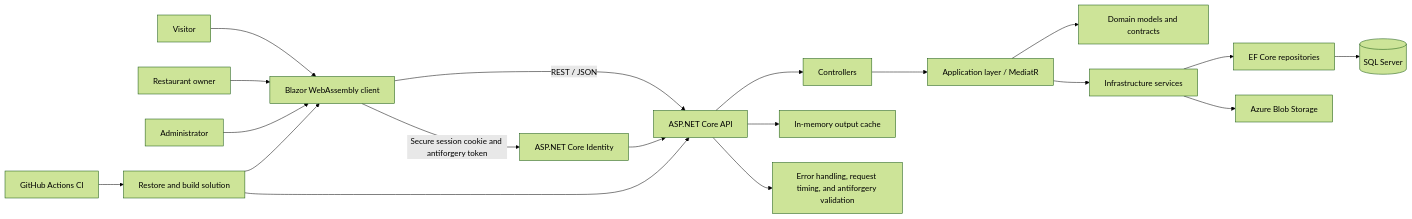
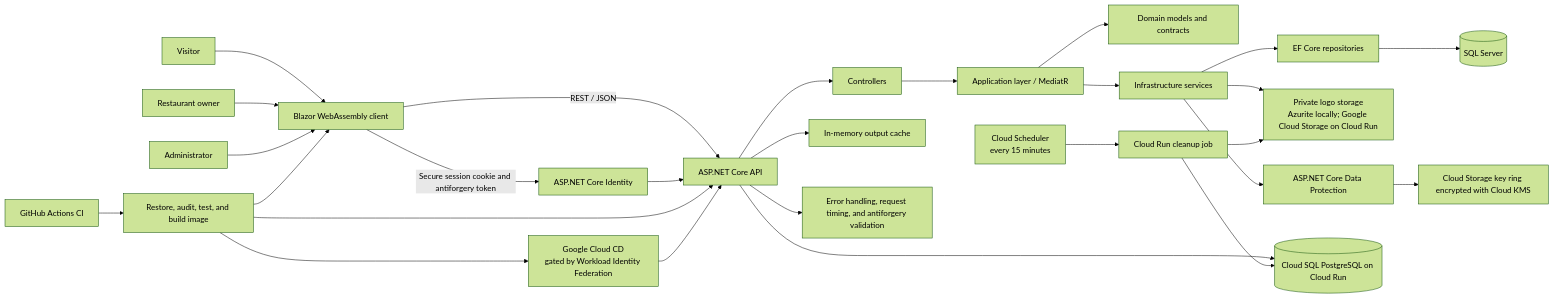
One commit to look-96/LocalEats changed the diagram in README.md. Above: the diagram before and after it, drawn with Mermaid (forest theme). The commit also changed other lines of this file and 5 other files, not shown here.

Commit message:
Prepare gated Google Cloud deployment

````diff
--- a/README.md
+++ b/README.md
@@ -37,25 +37,34 @@
 ```mermaid
 flowchart LR
     Visitor[Visitor] --> Client[Blazor WebAssembly client]
     Owner[Restaurant owner] --> Client
     Admin[Administrator] --> Client
 
     Client -->|REST / JSON| API[ASP.NET Core API]
     Client -->|Secure session cookie and antiforgery token| Identity[ASP.NET Core Identity]
     Identity --> API
 
     API --> Controllers[Controllers]
     Controllers --> App[Application layer / MediatR]
     App --> Domain[Domain models and contracts]
     App --> Infra[Infrastructure services]
     Infra --> EF[EF Core repositories]
     EF --> SQL[(SQL Server)]
-    Infra --> Blob[Azure Blob Storage]
+    Infra --> Blob[Private logo storage<br/>Azurite locally; Google Cloud Storage on Cloud Run]
+    Infra --> DP[ASP.NET Core Data Protection]
+    DP --> KMS[Cloud Storage key ring encrypted with Cloud KMS]
+    API --> PG[(Cloud SQL PostgreSQL on Cloud Run)]
+
+    Scheduler[Cloud Scheduler<br/>every 15 minutes] --> Cleanup[Cloud Run cleanup job]
+    Cleanup --> PG
+    Cleanup --> Blob
 
     API --> Cache[In-memory output cache]
     API --> Middleware[Error handling, request timing, and antiforgery validation]
 
-    GitHub[GitHub Actions CI] --> Build[Restore and build solution]
+    GitHub[GitHub Actions CI] --> Build[Restore, audit, test, and build image]
     Build --> API
     Build --> Client
+    Build --> Deploy[Google Cloud CD<br/>gated by Workload Identity Federation]
+    Deploy --> API
 ```
````
